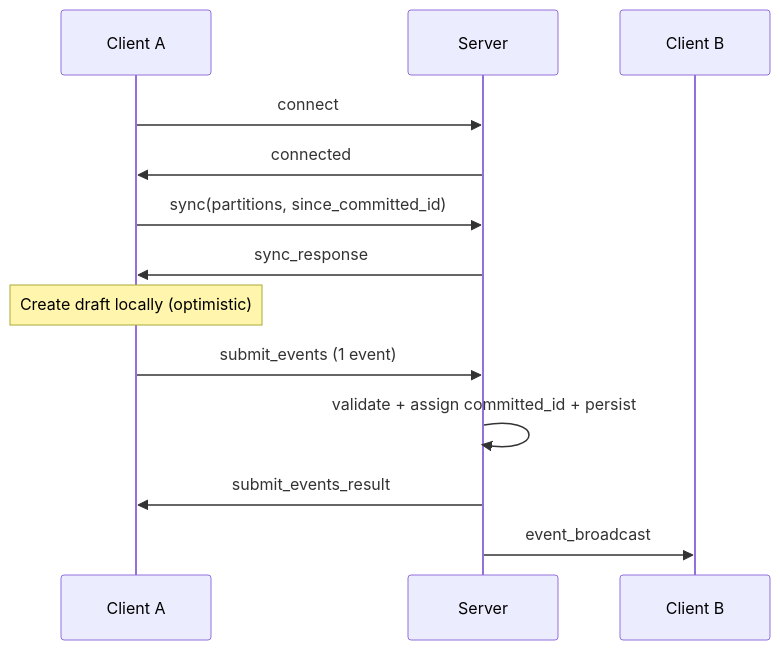
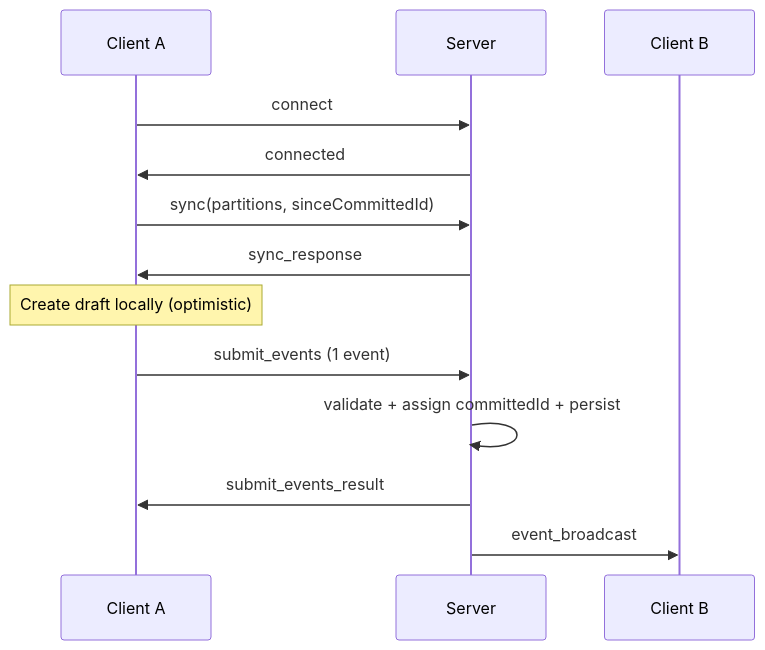
Before and after one commit to yuusoft-org/insieme: the diagram in docs/README.md, drawn with Mermaid. The commit also changed other lines of this file and 83 other files, not shown here.

````diff
--- a/docs/README.md
+++ b/docs/README.md
@@ -16,17 +17,17 @@
 ```mermaid
 sequenceDiagram
     participant C1 as Client A
     participant S as Server
     participant C2 as Client B
 
     C1->>S: connect
     S->>C1: connected
-    C1->>S: sync(partitions, since_committed_id)
+    C1->>S: sync(partitions, sinceCommittedId)
     S->>C1: sync_response
 
     Note over C1: Create draft locally (optimistic)
     C1->>S: submit_events (1 event)
-    S->>S: validate + assign committed_id + persist
+    S->>S: validate + assign committedId + persist
     S->>C1: submit_events_result
     S->>C2: event_broadcast
 ```
````
